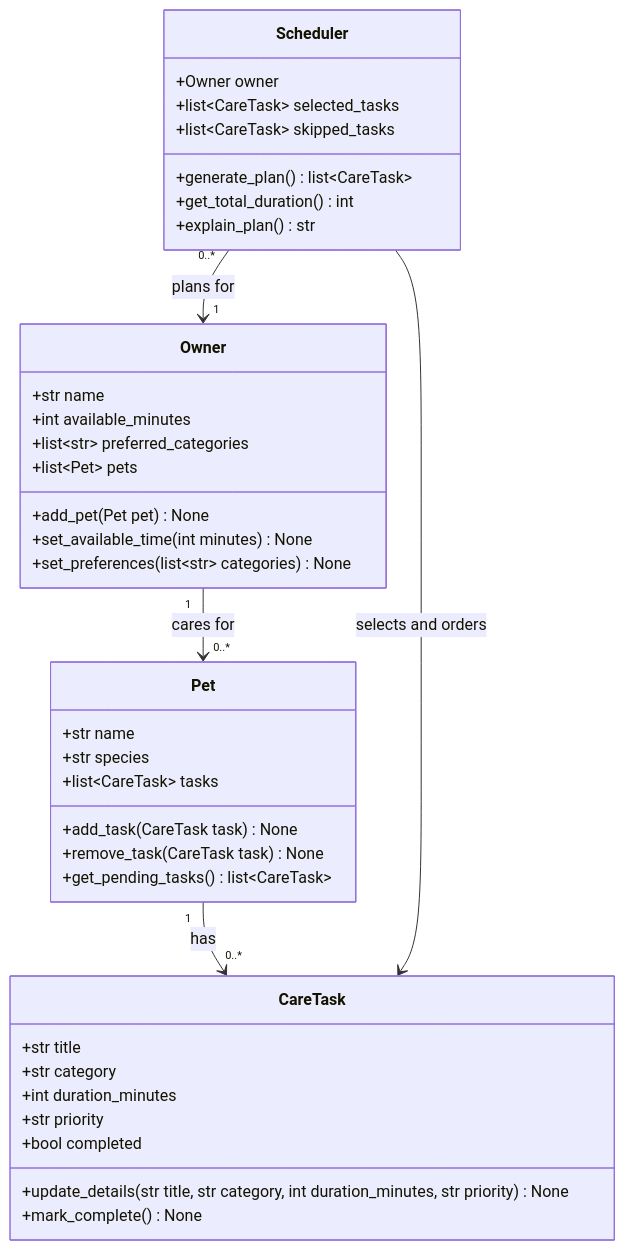
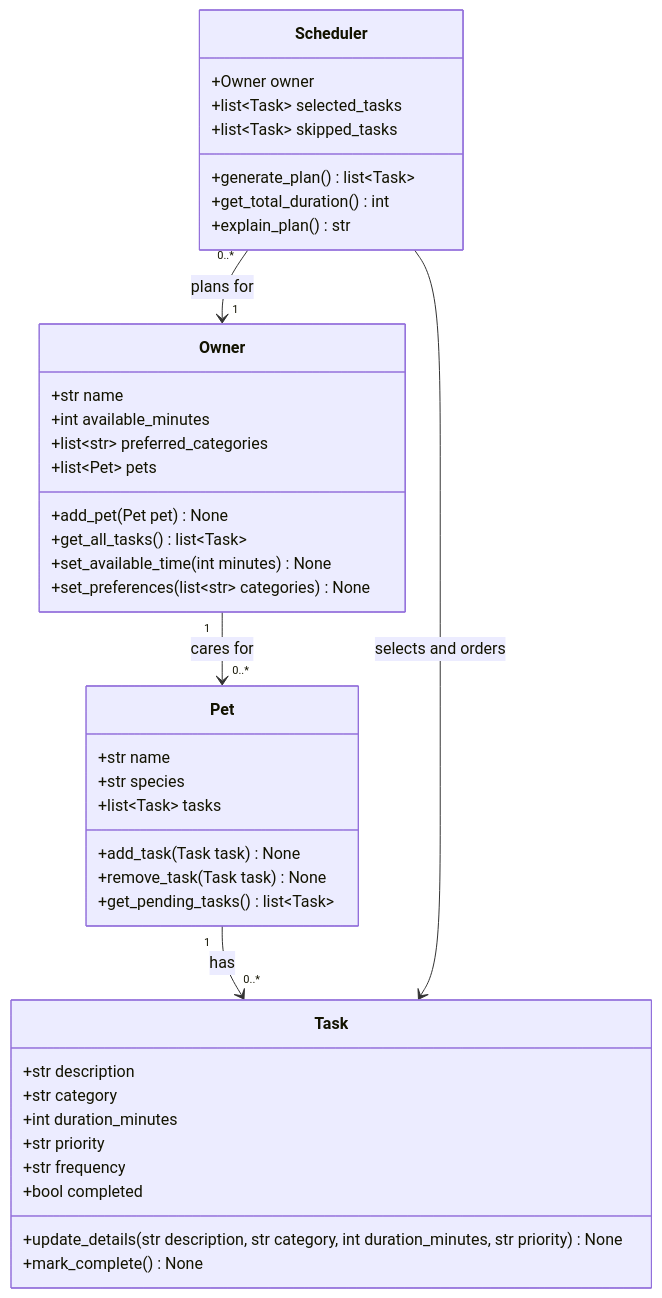
Before and after one commit to leslie406prime/ai110-module2show-pawpal-starter: the diagram in diagrams/uml.mmd, drawn with Mermaid. The commit also changed 7 other files, not shown here.

Commit message:
feat: implement multi-pet care planning with demo and tests

```diff
--- a/diagrams/uml.mmd
+++ b/diagrams/uml.mmd
@@ -1,40 +1,42 @@
 classDiagram
     class Owner {
         +str name
         +int available_minutes
         +list~str~ preferred_categories
         +list~Pet~ pets
         +add_pet(Pet pet) None
+        +get_all_tasks() list~Task~
         +set_available_time(int minutes) None
         +set_preferences(list~str~ categories) None
     }
     class Pet {
         +str name
         +str species
-        +list~CareTask~ tasks
-        +add_task(CareTask task) None
-        +remove_task(CareTask task) None
-        +get_pending_tasks() list~CareTask~
+        +list~Task~ tasks
+        +add_task(Task task) None
+        +remove_task(Task task) None
+        +get_pending_tasks() list~Task~
     }
-    class CareTask {
-        +str title
+    class Task {
+        +str description
         +str category
         +int duration_minutes
         +str priority
+        +str frequency
         +bool completed
-        +update_details(str title, str category, int duration_minutes, str priority) None
+        +update_details(str description, str category, int duration_minutes, str priority) None
         +mark_complete() None
     }
     class Scheduler {
         +Owner owner
-        +list~CareTask~ selected_tasks
-        +list~CareTask~ skipped_tasks
-        +generate_plan() list~CareTask~
+        +list~Task~ selected_tasks
+        +list~Task~ skipped_tasks
+        +generate_plan() list~Task~
         +get_total_duration() int
         +explain_plan() str
     }
 
     Owner "1" --> "0..*" Pet : cares for
-    Pet "1" --> "0..*" CareTask : has
+    Pet "1" --> "0..*" Task : has
     Scheduler "0..*" --> "1" Owner : plans for
-    Scheduler --> CareTask : selects and orders
+    Scheduler --> Task : selects and orders
```
